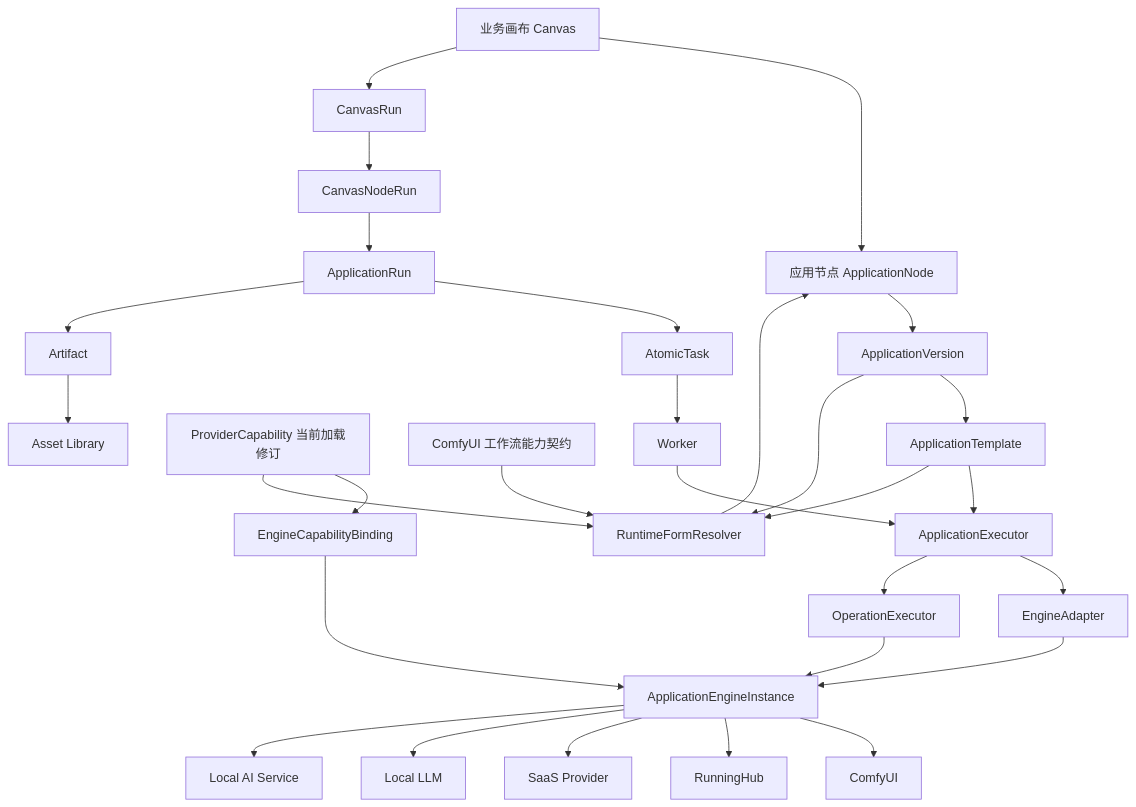
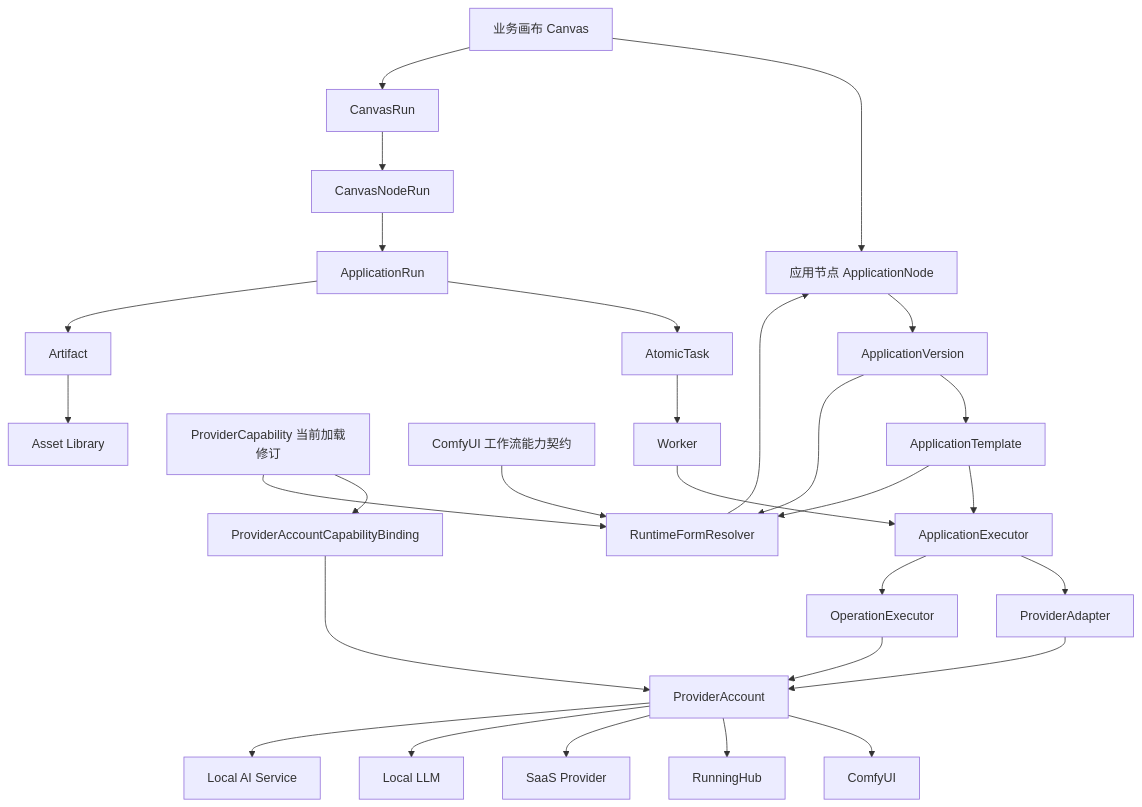
Before and after one commit to wangweihong/omnimam-spec: the first of 4 diagrams in 00_product/domains/application-platform/product-spec.md, drawn with Mermaid. The commit also changed other lines of this file and 67 other files, not shown here.

Commit message:
spec: implement unified provider account architecture

````diff
--- a/00_product/domains/application-platform/product-spec.md
+++ b/00_product/domains/application-platform/product-spec.md
@@ -201,35 +201,35 @@
 ```mermaid
 graph TD
     A[业务画布 Canvas] --> B[应用节点 ApplicationNode]
     B --> C[ApplicationVersion]
     C --> D[ApplicationTemplate]
     D --> E[ApplicationExecutor]
-    E --> F[EngineAdapter]
+    E --> F[ProviderAdapter]
     E --> X[OperationExecutor]
-    F --> G[ApplicationEngineInstance]
+    F --> G[ProviderAccount]
     X --> G
 
-    H[ProviderCapability 当前加载修订] --> I[EngineCapabilityBinding]
+    H[ProviderCapability 当前加载修订] --> I[ProviderAccountCapabilityBinding]
     I --> G
     H --> J[RuntimeFormResolver]
     S[ComfyUI 工作流能力契约] --> J
     C --> J
     D --> J
     J --> B
 
     G --> K1[ComfyUI]
     G --> K2[RunningHub]
     G --> K3[SaaS Provider]
     G --> K4[Local LLM]
     G --> K5[Local AI Service]
 
     A --> L[CanvasRun]
     L --> M[CanvasNodeRun]
     M --> N[ApplicationRun]
     N --> O[AtomicTask]
     O --> P[Worker]
     P --> E
 
     N --> Q[Artifact]
     Q --> R[Asset Library]
 ```
````
